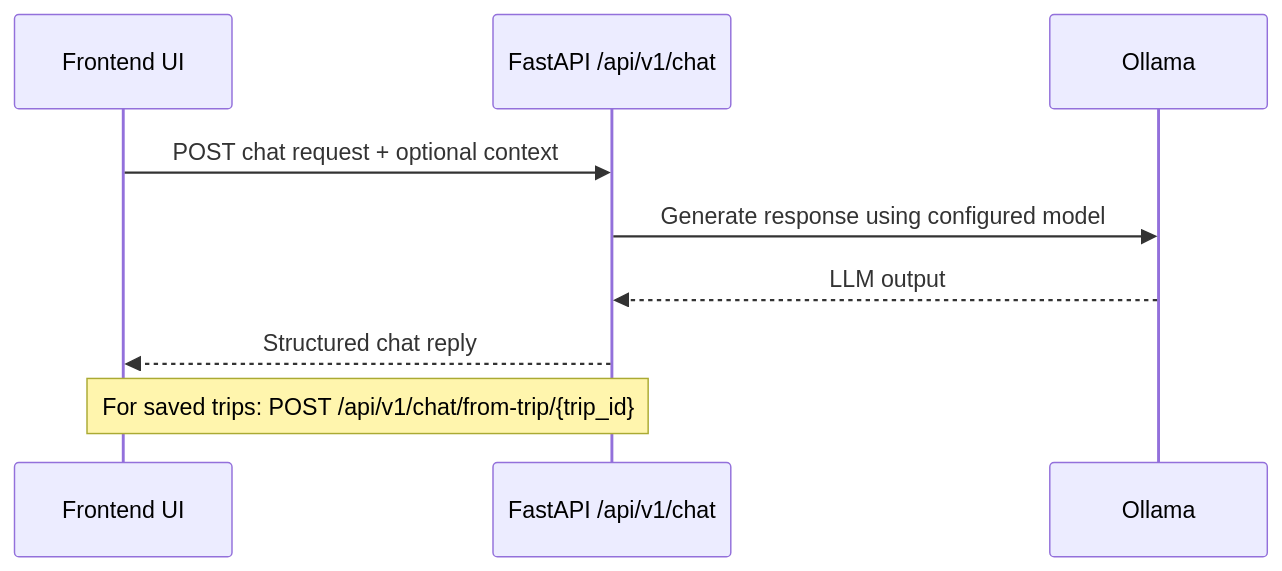
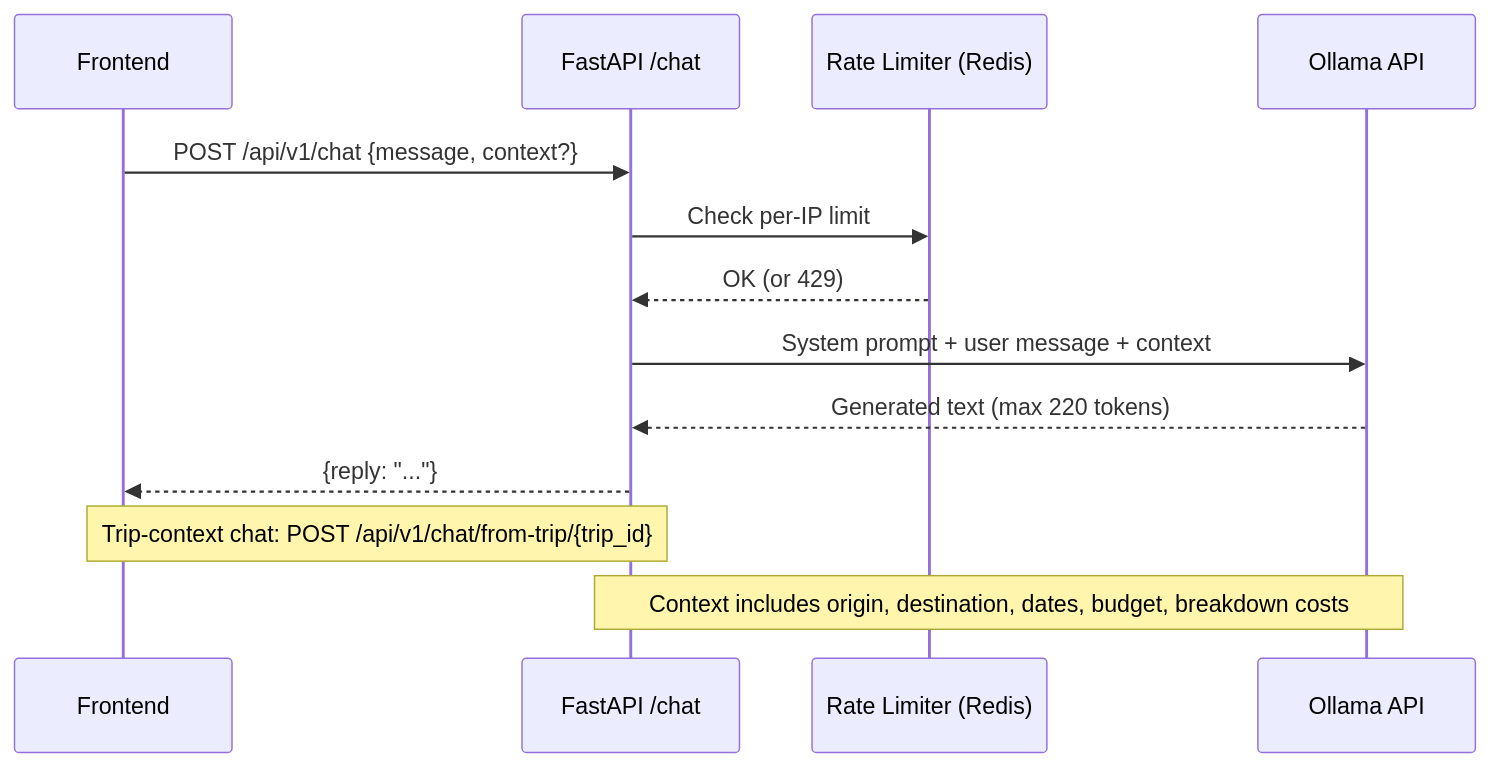
One commit to prajwalreddypr/travel-buddy changed the third of 5 diagrams in README.md. Above: the diagram before and after it, drawn with Mermaid. The commit also changed other lines of this file and 54 other files, not shown here.

````diff
--- a/README.md
+++ b/README.md
@@ -76,13 +94,17 @@
 ```mermaid
 sequenceDiagram
-    participant UI as Frontend UI
-    participant API as FastAPI /api/v1/chat
-    participant O as Ollama
+    participant UI as Frontend
+    participant API as FastAPI /chat
+    participant RL as Rate Limiter (Redis)
+    participant LLM as Ollama API
 
-    UI->>API: POST chat request + optional context
-    API->>O: Generate response using configured model
-    O-->>API: LLM output
-    API-->>UI: Structured chat reply
+    UI->>API: POST /api/v1/chat {message, context?}
+    API->>RL: Check per-IP limit
+    RL-->>API: OK (or 429)
+    API->>LLM: System prompt + user message + context
+    LLM-->>API: Generated text (max 220 tokens)
+    API-->>UI: {reply: "..."}
 
-    Note over UI,API: For saved trips: POST /api/v1/chat/from-trip/{trip_id}
+    Note over UI,API: Trip-context chat: POST /api/v1/chat/from-trip/{trip_id}
+    Note over API,LLM: Context includes origin, destination, dates, budget, breakdown costs
 ```
````
